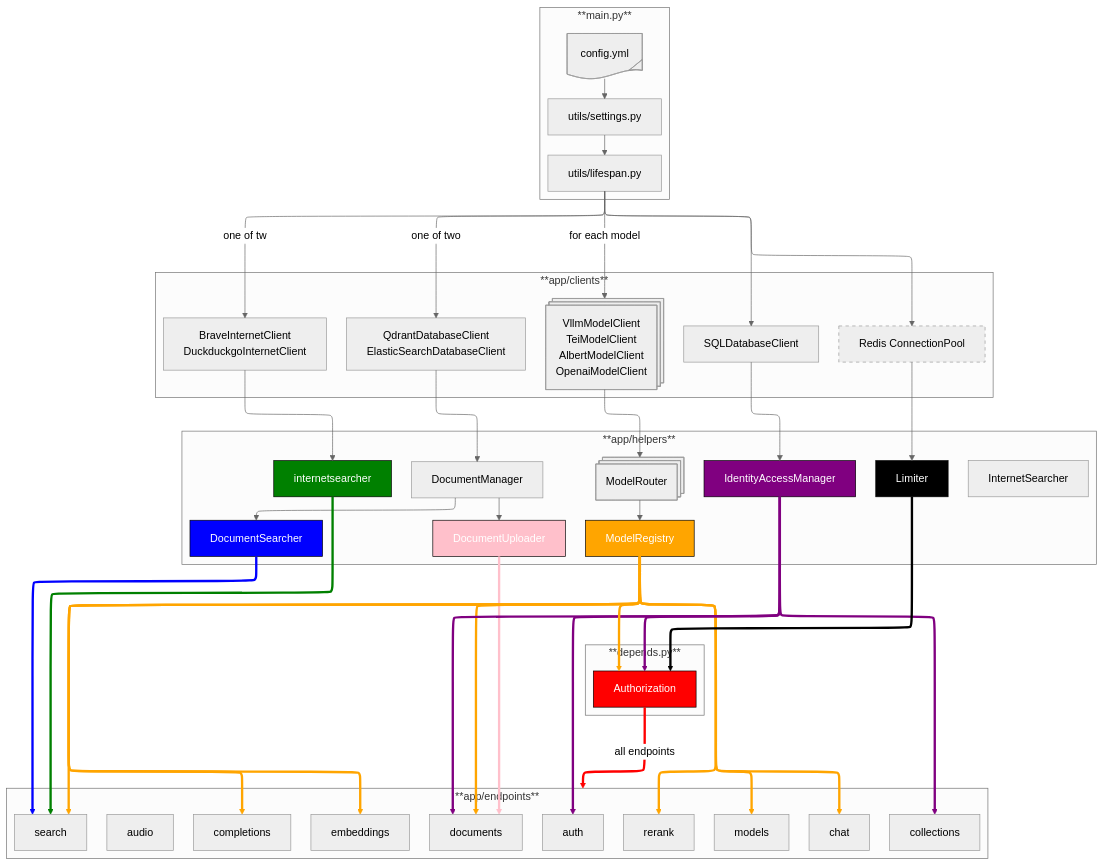
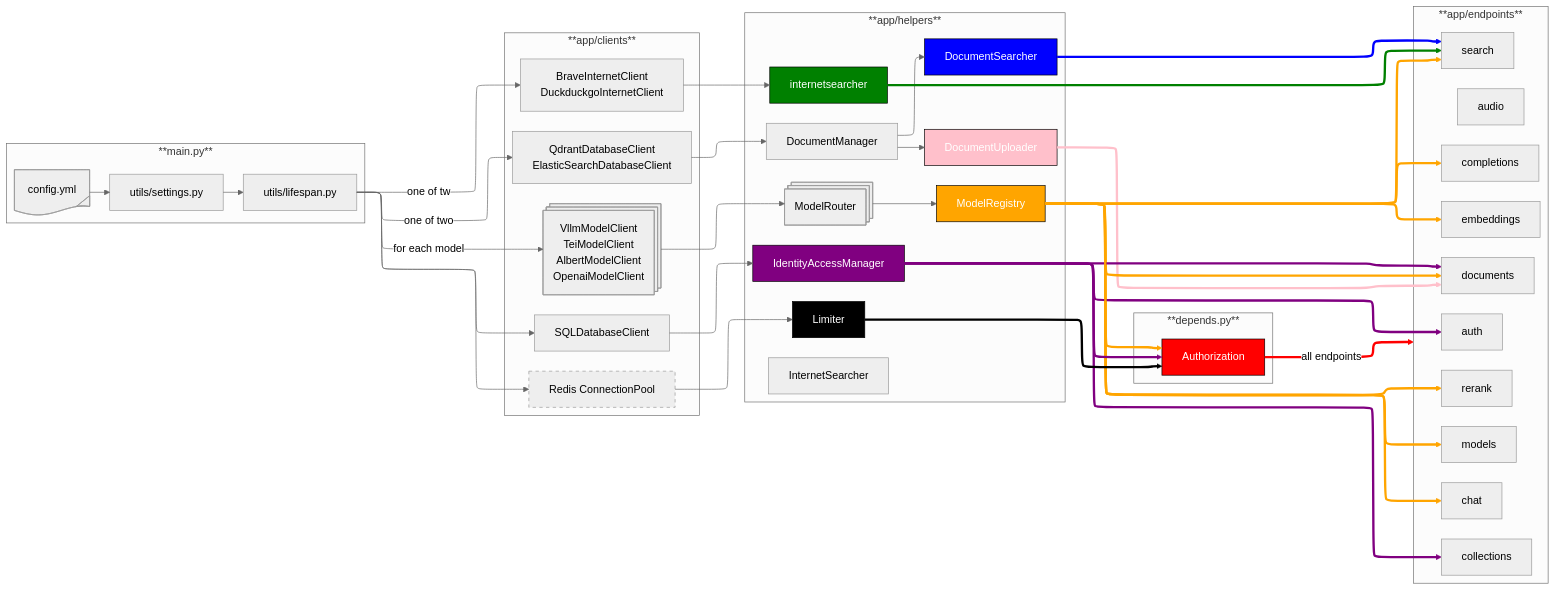
One commit to etalab-ia/albert-api changed the diagram in docs/architecture.md. Above: the diagram before and after it, drawn with Mermaid (neutral theme). The commit also changed 4 other files, not shown here.

````diff
--- a/docs/architecture.md
+++ b/docs/architecture.md
@@ -8,7 +8,7 @@
     mergeEdges: true
 
 ---
-flowchart TD
+flowchart LR
     config@{ shape: tag-doc, label: "config.yml" }
     
     subgraph **main.py**
@@ -124,6 +124,4 @@
 
     authorization ==all endpoints==> **app/endpoints**
     linkStyle 31 stroke: red
-
-
 ```
````
